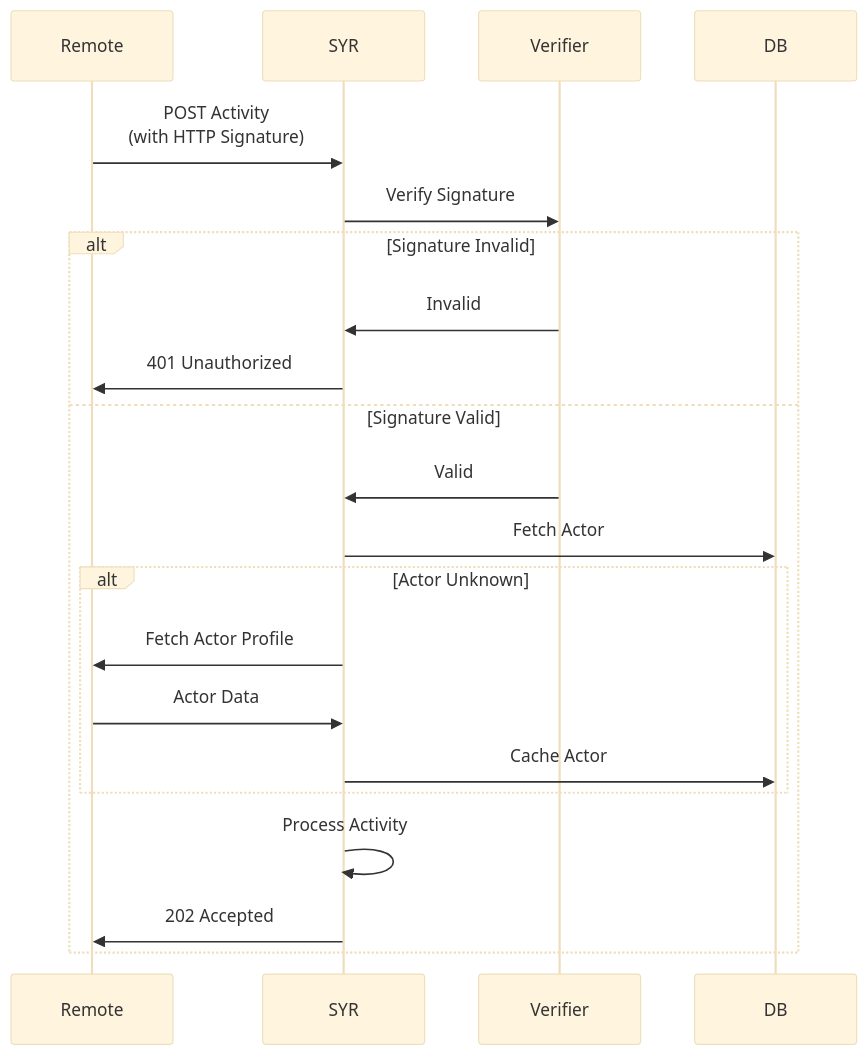
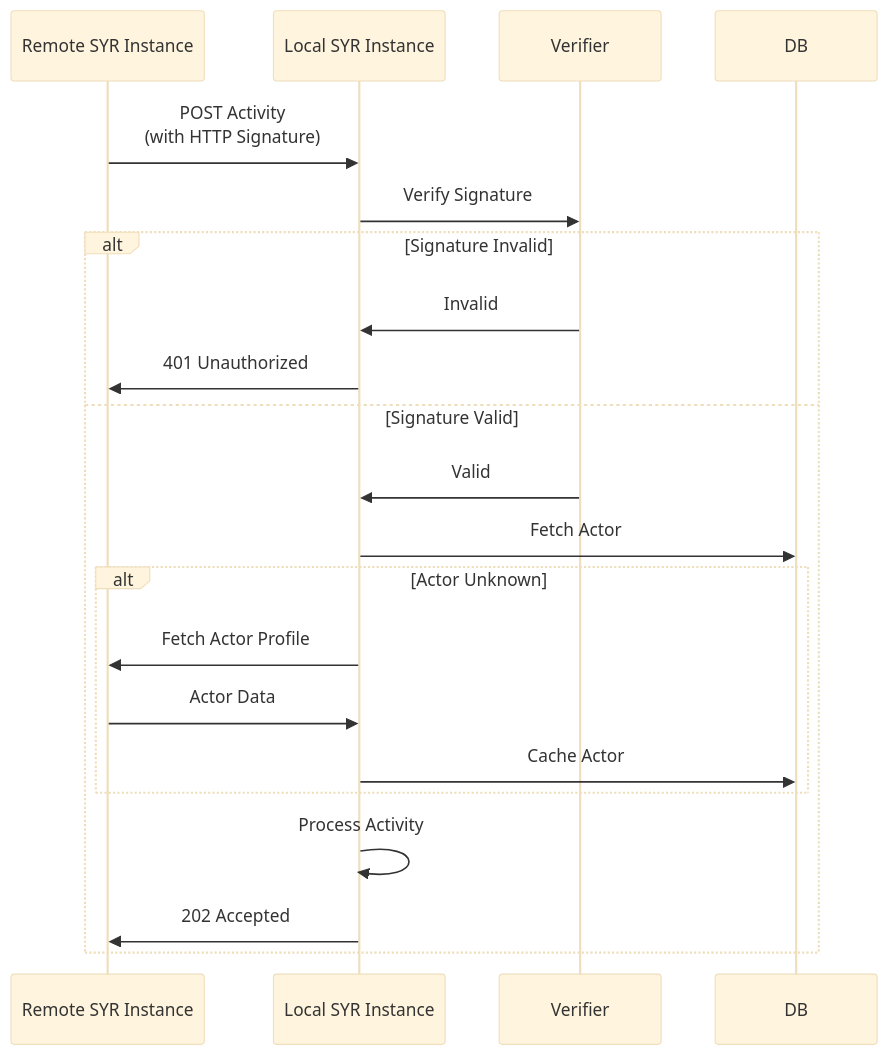
Diagram 13 of 19 in Architecture.md (syr-is/syr), drawn with Mermaid (base theme) before and after one commit. The commit also changed other lines of this file and 491 other files, not shown here.

````diff
--- a/Architecture.md
+++ b/Architecture.md
@@ -469,27 +494,27 @@
 ```mermaid
 sequenceDiagram
-    participant Remote
-    participant SYR
+    participant Remote as Remote SYR Instance
+    participant SYR as Local SYR Instance
     participant Verifier
     participant DB
 
     Remote->>SYR: POST Activity<br/>(with HTTP Signature)
     SYR->>Verifier: Verify Signature
 
     alt Signature Invalid
         Verifier->>SYR: Invalid
         SYR->>Remote: 401 Unauthorized
     else Signature Valid
         Verifier->>SYR: Valid
         SYR->>DB: Fetch Actor
 
         alt Actor Unknown
             SYR->>Remote: Fetch Actor Profile
             Remote->>SYR: Actor Data
             SYR->>DB: Cache Actor
         end
 
         SYR->>SYR: Process Activity
         SYR->>Remote: 202 Accepted
     end
 ```
````
